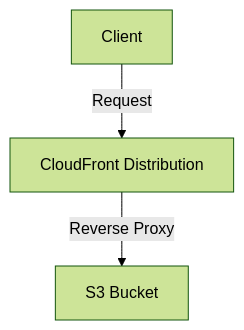
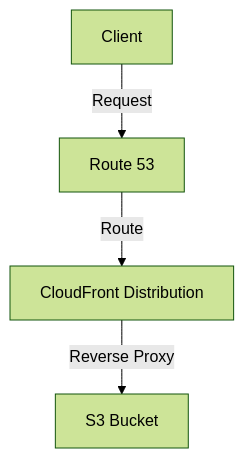
Before and after one commit to Innovate-Future-Foundation/frontend: the diagram in .devops/dev/tf-aws/README.md, drawn with Mermaid (forest theme). The commit also changed 11 other files, not shown here.

Commit message:
Add Terraform configuration for AWS resources including S3, CloudFront, and Route 53

````diff
--- a/.devops/dev/tf-aws/README.md
+++ b/.devops/dev/tf-aws/README.md
@@ -11,5 +11,6 @@
 ```mermaid
 graph TD
-    A[Client] -->|Request| B[CloudFront Distribution]
-    B -->|Reverse Proxy| C[S3 Bucket]
+    A[Client] -->|Request| B[Route 53]
+    B --> |Route| C[CloudFront Distribution]
+    C -->|Reverse Proxy| D[S3 Bucket]
 ```
````
